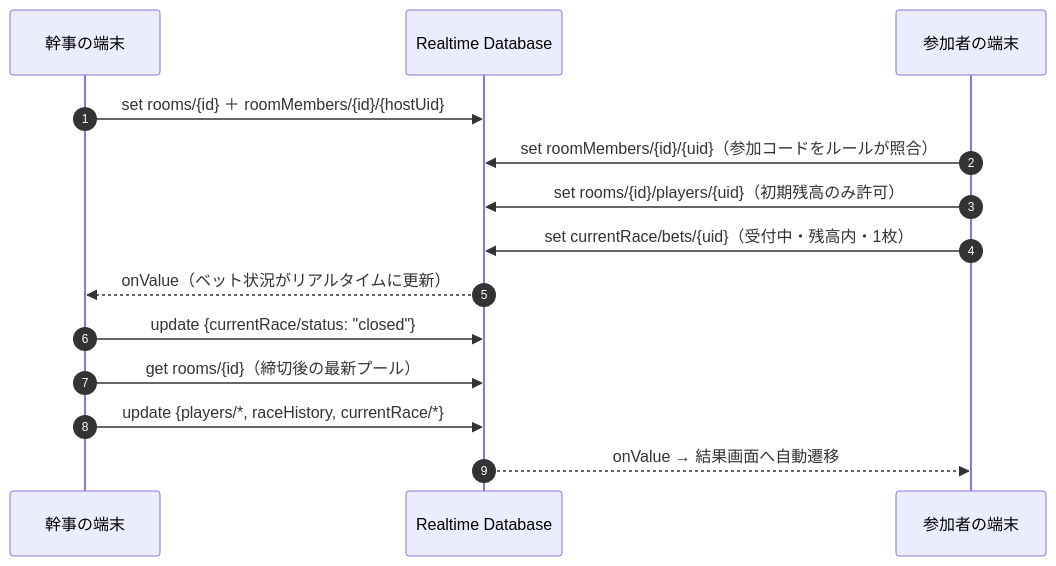
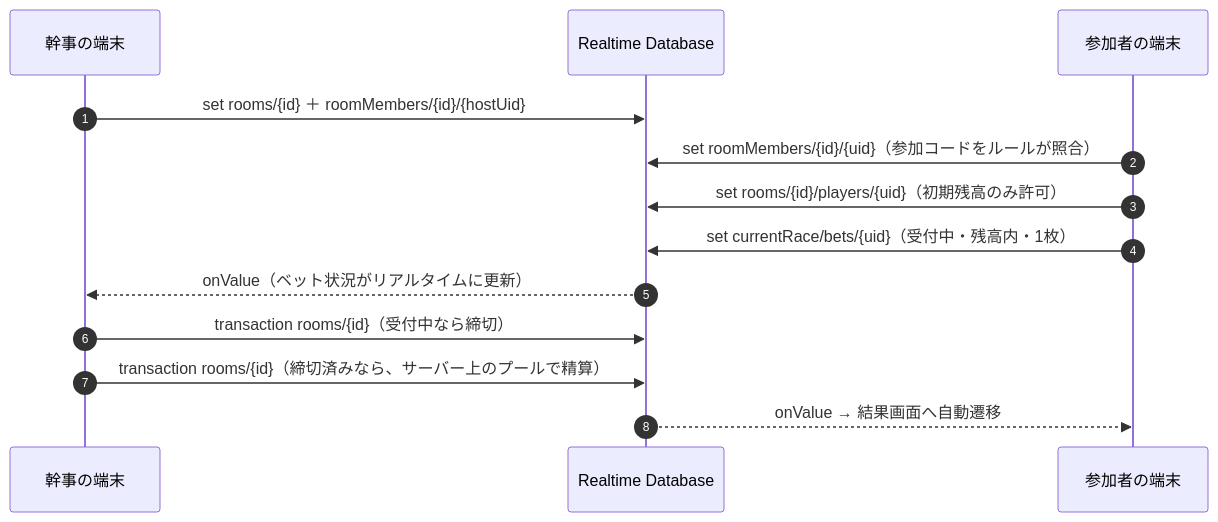
One commit to shellcat7/party-bet-arena changed the diagram in docs/ARCHITECTURE.md. Above: the diagram before and after it, drawn with Mermaid. The commit also changed other lines of this file and 1 other file, not shown here.

Commit message:
Update dev dependencies with audit fixes; refresh architecture notes
npm audit fix (no breaking changes) for the emulator toolchain. The
shipped bundle had no advisories before or after. The architecture
doc now describes settlement as transactions and the i18n folder as
translation catalogs.

Claude-Session: https://claude.ai/code/session_01YNnn38HFnbdojExXXX8Xbv

````diff
--- a/docs/ARCHITECTURE.md
+++ b/docs/ARCHITECTURE.md
@@ -52,16 +52,15 @@
 ```mermaid
 sequenceDiagram
   autonumber
   participant H as 幹事の端末
   participant DB as Realtime Database
   participant P as 参加者の端末
   H->>DB: set rooms/{id} ＋ roomMembers/{id}/{hostUid}
   P->>DB: set roomMembers/{id}/{uid}（参加コードをルールが照合）
   P->>DB: set rooms/{id}/players/{uid}（初期残高のみ許可）
   P->>DB: set currentRace/bets/{uid}（受付中・残高内・1枚）
   DB-->>H: onValue（ベット状況がリアルタイムに更新）
-  H->>DB: update {currentRace/status: "closed"}
-  H->>DB: get rooms/{id}（締切後の最新プール）
-  H->>DB: update {players/*, raceHistory, currentRace/*}
+  H->>DB: transaction rooms/{id}（受付中なら締切）
+  H->>DB: transaction rooms/{id}（締切済みなら、サーバー上のプールで精算）
   DB-->>P: onValue → 結果画面へ自動遷移
 ```
````
